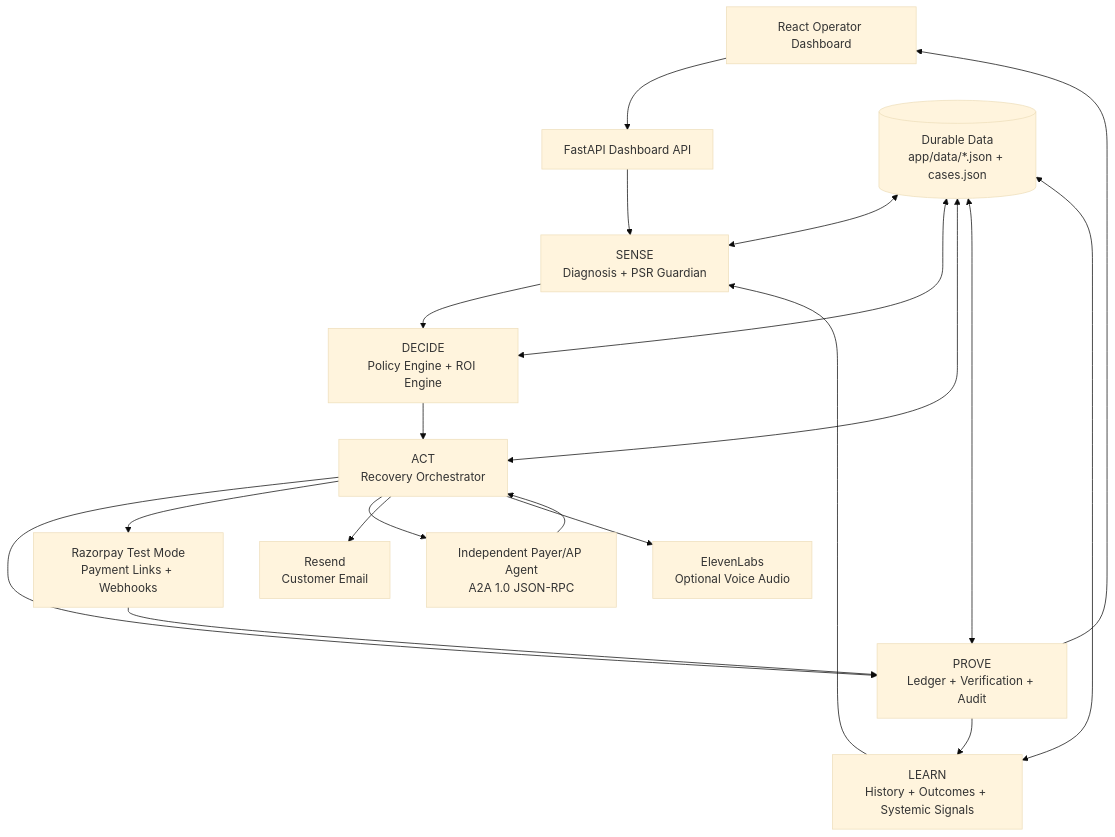
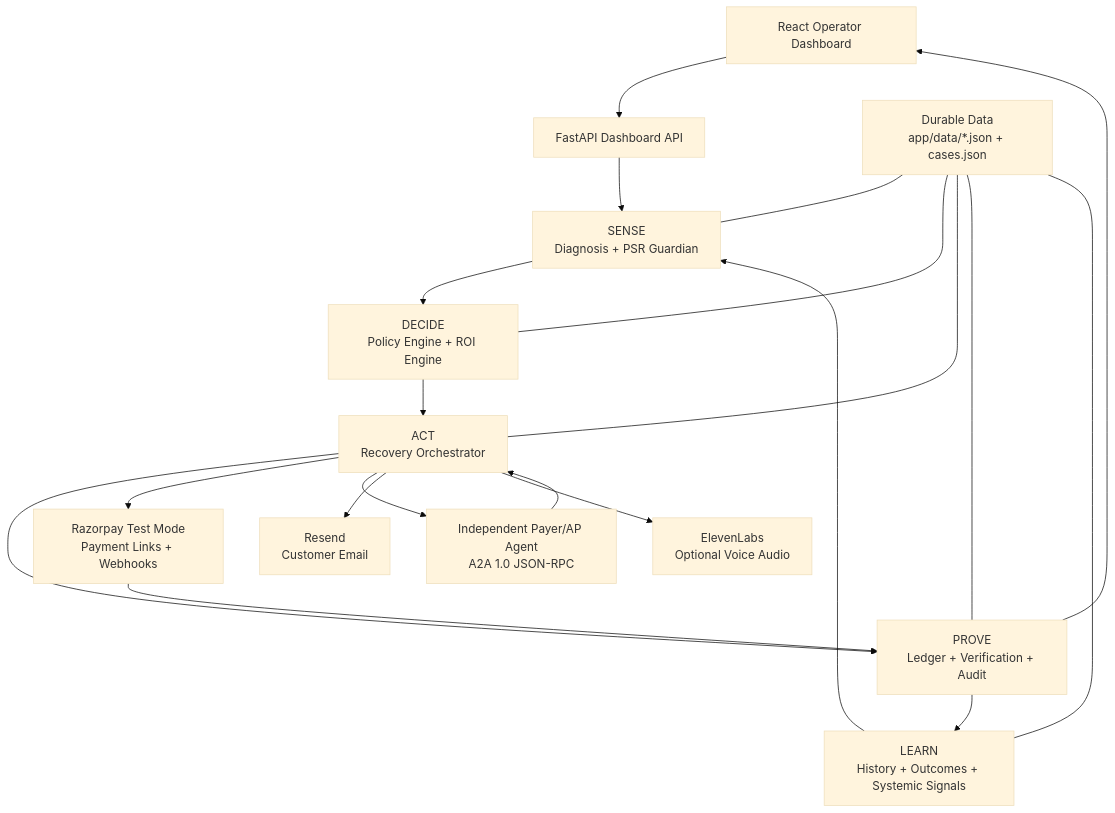
Before and after one commit to gkarthik10/Revive: the first of 6 diagrams in README.md, drawn with Mermaid (base theme). The commit also changed other lines of this file, not shown here.

Commit message:
Fix formatting issues in README.md

````diff
--- a/README.md
+++ b/README.md
@@ -157,45 +157,45 @@
 ```mermaid
 flowchart TB
     UI["React Operator Dashboard"]
 
     API["FastAPI Dashboard API"]
 
     SENSE["SENSE<br/>Diagnosis + PSR Guardian"]
     DECIDE["DECIDE<br/>Policy Engine + ROI Engine"]
     ACT["ACT<br/>Recovery Orchestrator"]
     PROVE["PROVE<br/>Ledger + Verification + Audit"]
     LEARN["LEARN<br/>History + Outcomes + Systemic Signals"]
 
-    DATA[("Durable Data<br/>app/data/*.json + cases.json")]
+    DATA["Durable Data<br/>app/data/*.json + cases.json"]
 
     RAZOR["Razorpay Test Mode<br/>Payment Links + Webhooks"]
     A2A["Independent Payer/AP Agent<br/>A2A 1.0 JSON-RPC"]
     EMAIL["Resend<br/>Customer Email"]
     VOICE["ElevenLabs<br/>Optional Voice Audio"]
 
     UI --> API
 
     API --> SENSE
     SENSE --> DECIDE
     DECIDE --> ACT
     ACT --> PROVE
     PROVE --> LEARN
     LEARN --> SENSE
 
-    DATA <--> SENSE
-    DATA <--> DECIDE
-    DATA <--> ACT
-    DATA <--> PROVE
-    DATA <--> LEARN
+    DATA --- SENSE
+    DATA --- DECIDE
+    DATA --- ACT
+    DATA --- PROVE
+    DATA --- LEARN
 
     ACT --> RAZOR
     RAZOR --> PROVE
 
     ACT --> A2A
     A2A --> ACT
 
     ACT --> EMAIL
     ACT --> VOICE
 
     PROVE --> UI
 ```
````
